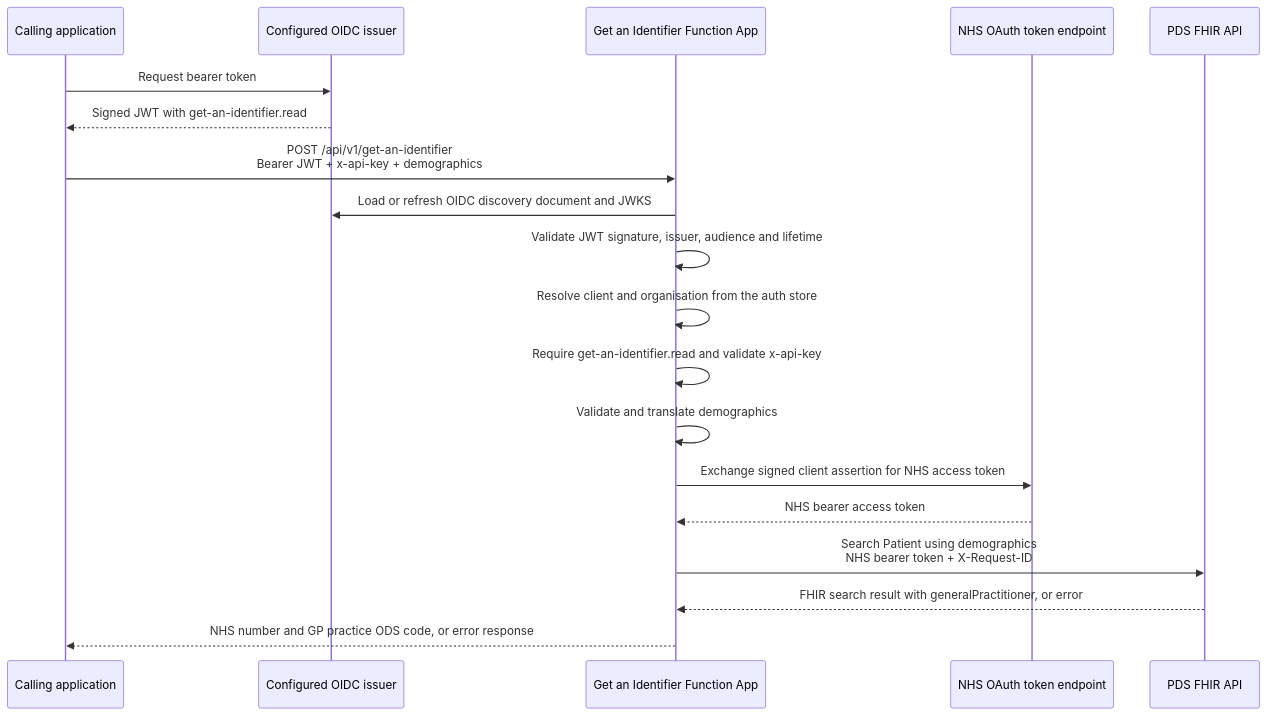
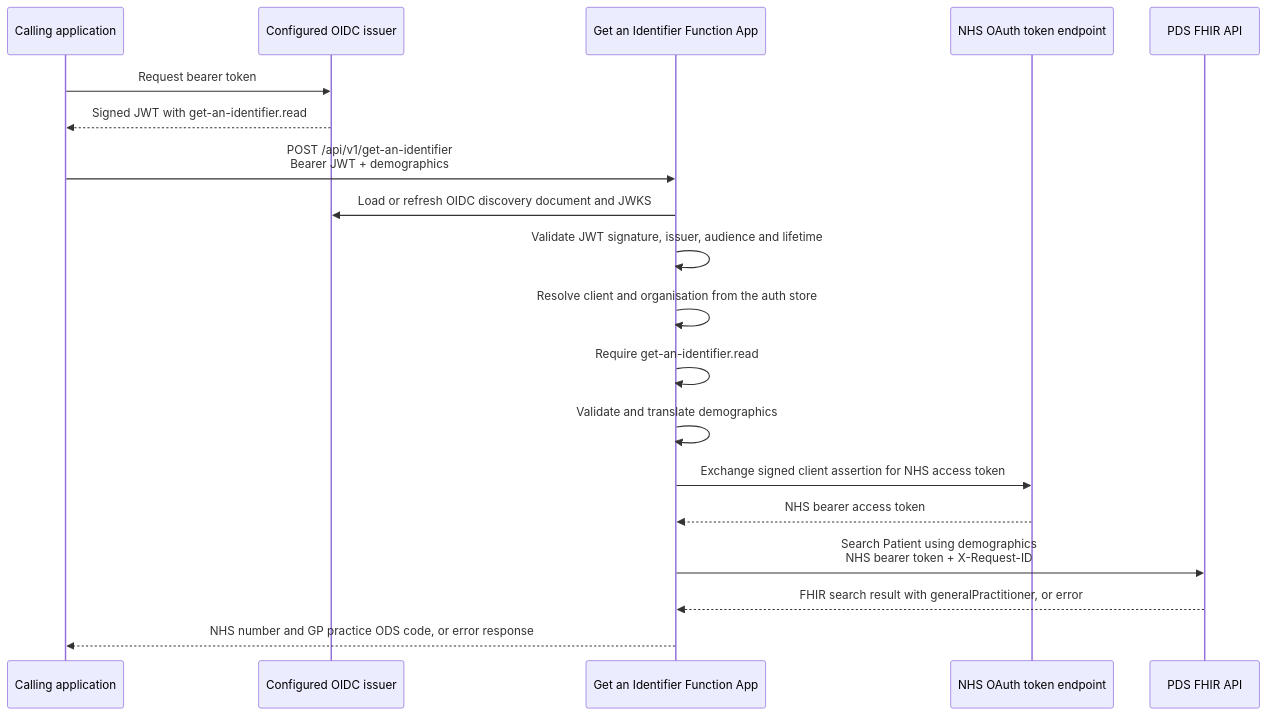
Before and after one commit to DFE-Digital/single-unique-identifier: the diagram in Docs/Design/GetAnIdentifier/AsBuilt.md, drawn with Mermaid. The commit also changed other lines of this file and 4 other files, not shown here.

First line of the commit message:
docs: SUI-2089 - remove x-api-key refs from docs

````diff
--- a/Docs/Design/GetAnIdentifier/AsBuilt.md
+++ b/Docs/Design/GetAnIdentifier/AsBuilt.md
@@ -11,22 +11,22 @@
 ```mermaid
 sequenceDiagram
     participant Caller as Calling application
     participant Issuer as Configured OIDC issuer
     participant Function as Get an Identifier Function App
     participant NHSAuth as NHS OAuth token endpoint
     participant PDS as PDS FHIR API
 
     Caller->>Issuer: Request bearer token
     Issuer-->>Caller: Signed JWT with get-an-identifier.read
-    Caller->>Function: POST /api/v1/get-an-identifier<br/>Bearer JWT + x-api-key + demographics
+    Caller->>Function: POST /api/v1/get-an-identifier<br/>Bearer JWT + demographics
     Function->>Issuer: Load or refresh OIDC discovery document and JWKS
     Function->>Function: Validate JWT signature, issuer, audience and lifetime
     Function->>Function: Resolve client and organisation from the auth store
-    Function->>Function: Require get-an-identifier.read and validate x-api-key
+    Function->>Function: Require get-an-identifier.read
     Function->>Function: Validate and translate demographics
     Function->>NHSAuth: Exchange signed client assertion for NHS access token
     NHSAuth-->>Function: NHS bearer access token
     Function->>PDS: Search Patient using demographics<br/>NHS bearer token + X-Request-ID
     PDS-->>Function: FHIR search result with generalPractitioner, or error
     Function-->>Caller: NHS number and GP practice ODS code, or error response
 ```
````
